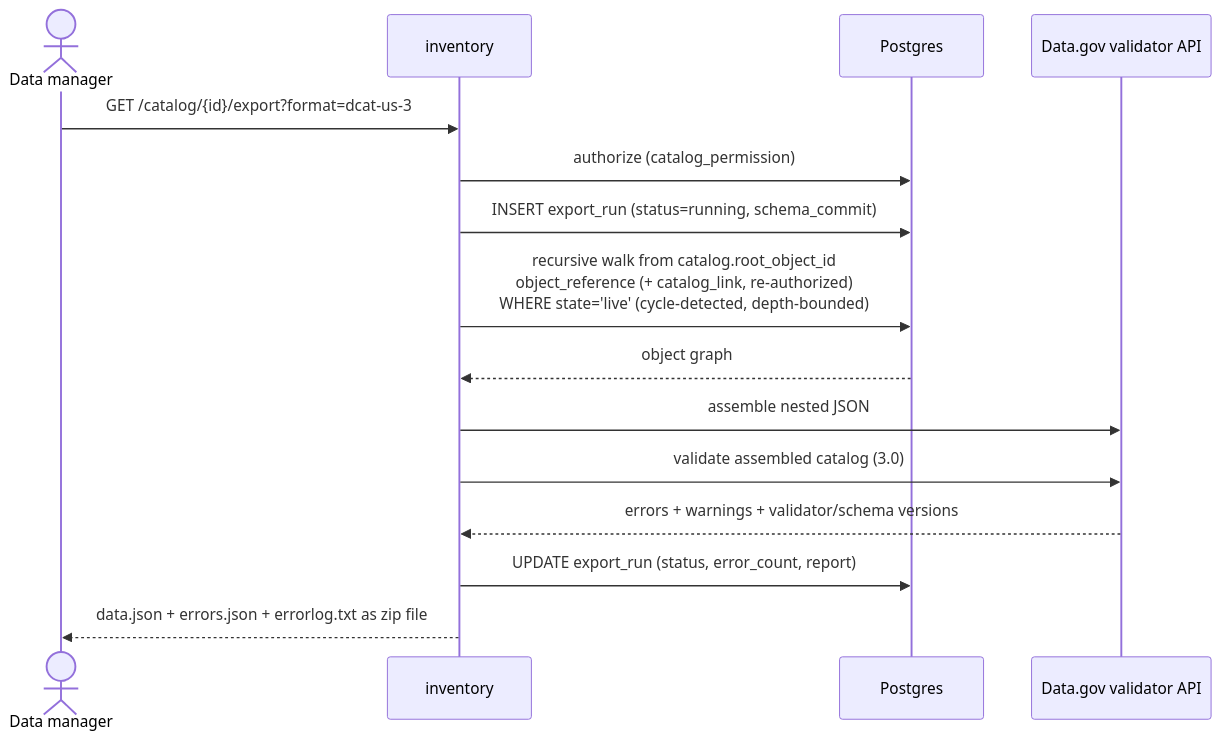
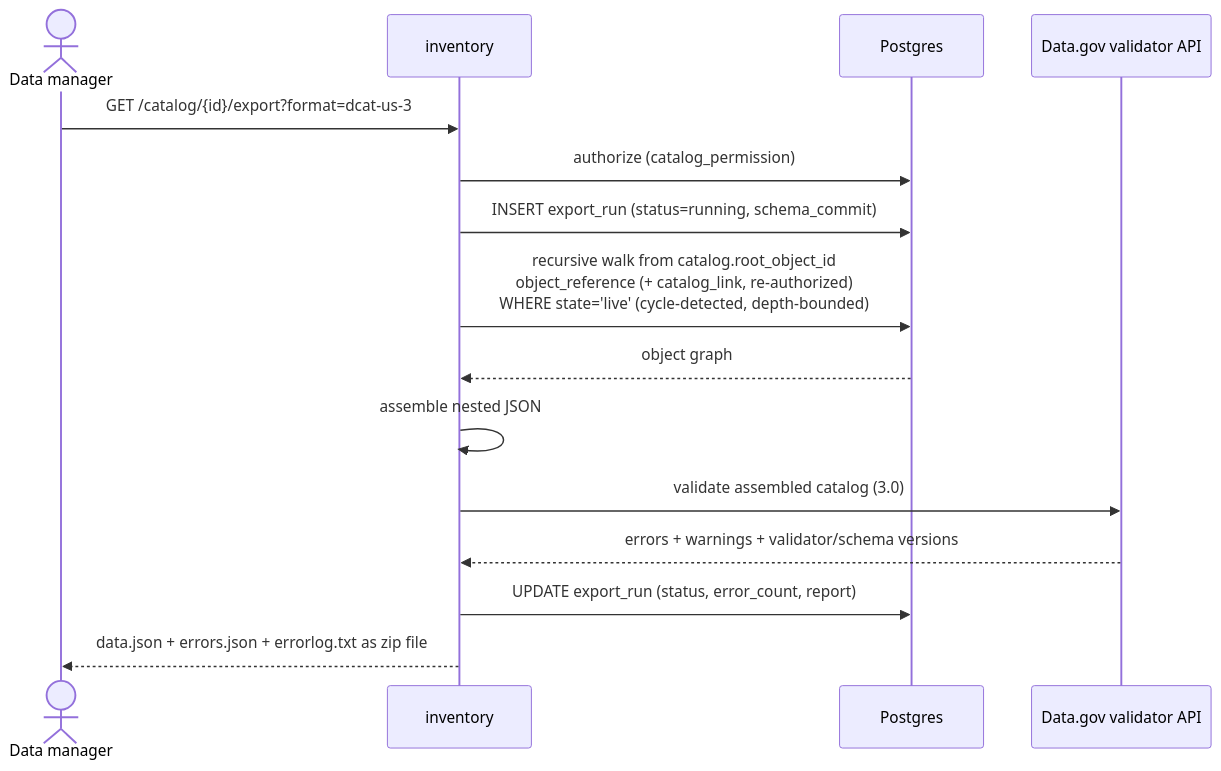
Before and after one commit to GSA/datagov-inventory: the seventh of 11 diagrams in docs/architecture.md, drawn with Mermaid. The commit also changed other lines of this file and 3 other files, not shown here.

Commit message:
Shorten ADR, add details to architecture doc

````diff
--- a/docs/architecture.md
+++ b/docs/architecture.md
@@ -561,18 +667,18 @@
 ```mermaid
 sequenceDiagram
     actor U as Data manager
     participant W as inventory
     participant DB as Postgres
     participant V as Data.gov validator API
 
     U->>W: GET /catalog/{id}/export?format=dcat-us-3
     W->>DB: authorize (catalog_permission)
     W->>DB: INSERT export_run (status=running, schema_commit)
     W->>DB: recursive walk from catalog.root_object_id<br/>object_reference (+ catalog_link, re-authorized)<br/>WHERE state='live' (cycle-detected, depth-bounded)
     DB-->>W: object graph
-    W->>V: assemble nested JSON
+    W->>W: assemble nested JSON
     W->>V: validate assembled catalog (3.0)
     V-->>W: errors + warnings + validator/schema versions
     W->>DB: UPDATE export_run (status, error_count, report)
     W-->>U: data.json + errors.json + errorlog.txt as zip file
 ```
````
